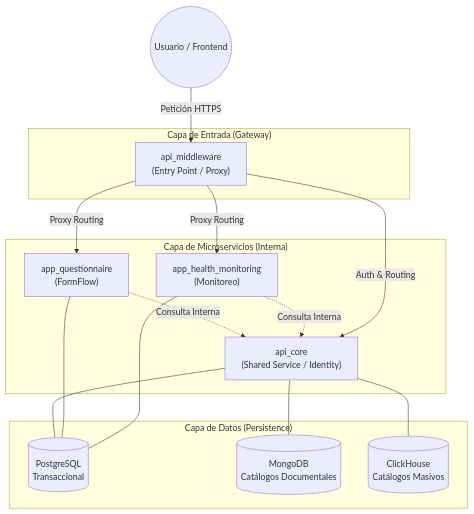
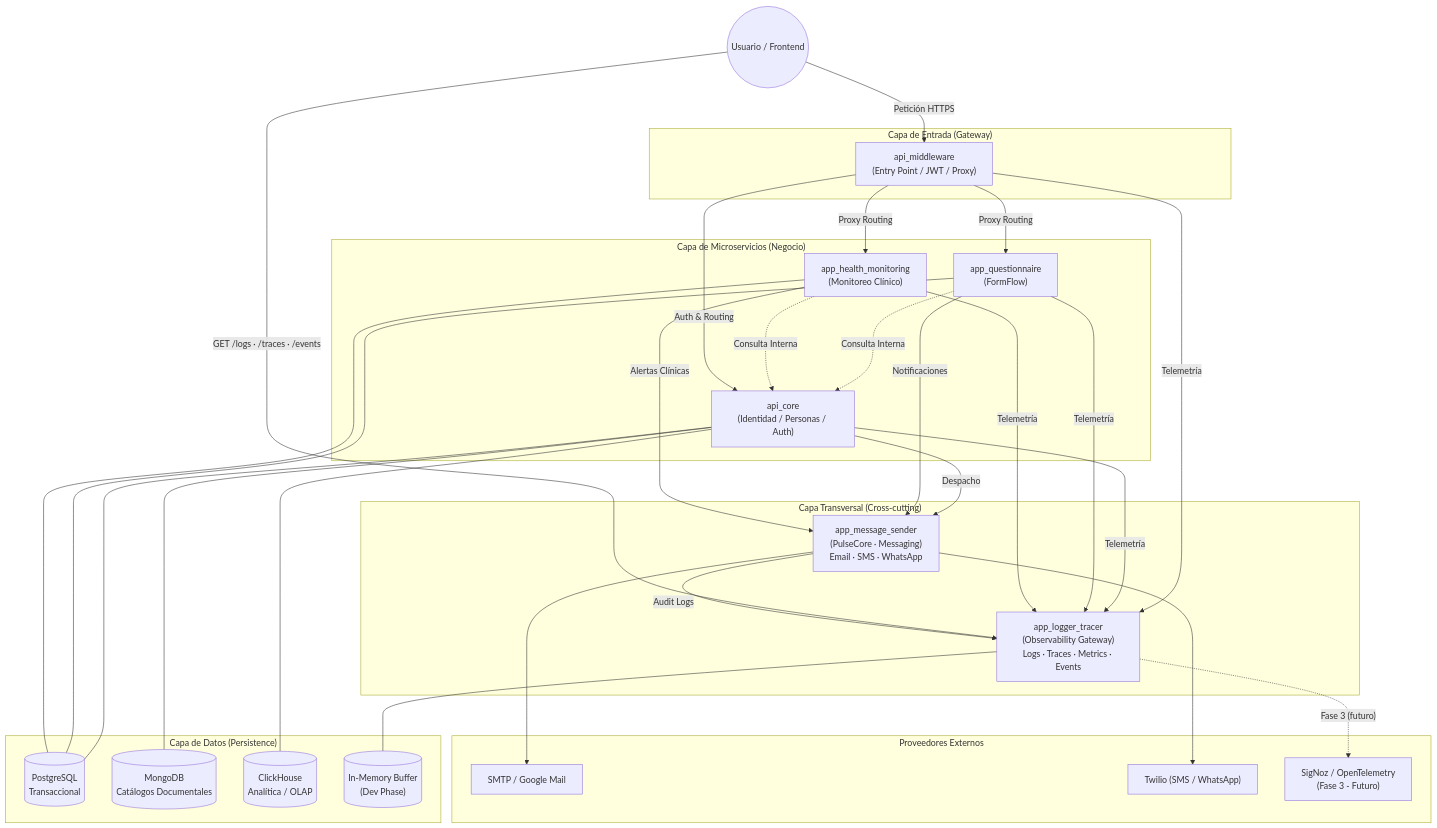
Before and after one commit to m4ck-y/dh_docs: the first of 3 diagrams in architecture/diagrama_arquitectura.md, drawn with Mermaid. The commit also changed other lines of this file and 6 other files, not shown here.

Commit message:
feat arquitecture diagram

````diff
--- a/architecture/diagrama_arquitectura.md
+++ b/architecture/diagrama_arquitectura.md
@@ -5,33 +5,85 @@
 ```mermaid
 graph TD
     User((Usuario / Frontend)) -->|Petición HTTPS| Middleware
-    
+
     subgraph Gateway_Layer["Capa de Entrada (Gateway)"]
-        Middleware["api_middleware<br>(Entry Point / Proxy)"]
+        Middleware["api_middleware
+(Entry Point / JWT / Proxy)"]
     end
-    
-    subgraph Services_Layer["Capa de Microservicios (Interna)"]
-        Core["api_core<br>(Shared Service / Identity)"]
-        Questionnaire["app_questionnaire<br>(FormFlow)"]
-        Health["app_health_monitoring<br>(Monitoreo)"]
-        
-        Questionnaire -.->|Consulta Interna| Core
-        Health -.->|Consulta Interna| Core
+
+    subgraph Services_Layer["Capa de Microservicios (Negocio)"]
+        Core["api_core
+(Identidad / Personas / Auth)"]
+        Questionnaire["app_questionnaire
+(FormFlow)"]
+        Health["app_health_monitoring
+(Monitoreo Clínico)"]
+
+        Questionnaire -..->|Consulta Interna| Core
+        Health -..->|Consulta Interna| Core
     end
-    
+
+    subgraph CrossCutting_Layer["Capa Transversal (Cross-cutting)"]
+        Logger["app_logger_tracer
+(Observability Gateway)
+Logs · Traces · Metrics · Events"]
+        Messenger["app_message_sender
+(PulseCore · Messaging)
+Email · SMS · WhatsApp"]
+    end
+
     subgraph Storage_Layer["Capa de Datos (Persistence)"]
-        Postgres[(PostgreSQL <br> Transaccional)]
-        Mongo[(MongoDB <br> Catálogos Documentales)]
-        Clickhouse[(ClickHouse <br> Catálogos Masivos)]
+        Postgres[(PostgreSQL
+Transaccional)]
+        Mongo[(MongoDB
+Catálogos Documentales)]
+        Clickhouse[(ClickHouse
+Analítica / OLAP)]
+        MemBuffer[("In-Memory Buffer
+(Dev Phase)")]
     end
-    
+
+    subgraph External_Layer["Proveedores Externos"]
+        SMTP["SMTP / Google Mail"]
+        Twilio["Twilio (SMS / WhatsApp)"]
+        SigNoz["SigNoz / OpenTelemetry
+(Fase 3 - Futuro)"]
+    end
+
+    %% Gateway routing
     Middleware -->|Auth & Routing| Core
     Middleware -->|Proxy Routing| Questionnaire
     Middleware -->|Proxy Routing| Health
-    
+
+    %% Business services → Observability
+    Middleware -->|Telemetría| Logger
+    Core -->|Telemetría| Logger
+    Questionnaire -->|Telemetría| Logger
+    Health -->|Telemetría| Logger
+
+    %% Business services → Messaging
+    Core -->|Despacho| Messenger
+    Questionnaire -->|Notificaciones| Messenger
+    Health -->|Alertas Clínicas| Messenger
+
+    %% Frontend → Observability (read-back)
+    User -->|"GET /logs · /traces · /events"| Logger
+
+    %% Data persistence
     Core --- Postgres
     Core --- Mongo
     Core --- Clickhouse
     Questionnaire --- Postgres
     Health --- Postgres
+
+    %% Logger persistence
+    Logger --- MemBuffer
+    Logger -.->|"Fase 3 (futuro)"| SigNoz
+
+    %% Messenger providers
+    Messenger --> SMTP
+    Messenger --> Twilio
+
+    %% Messenger → Logger (auditoría)
+    Messenger -->|Audit Logs| Logger
 ```
````
